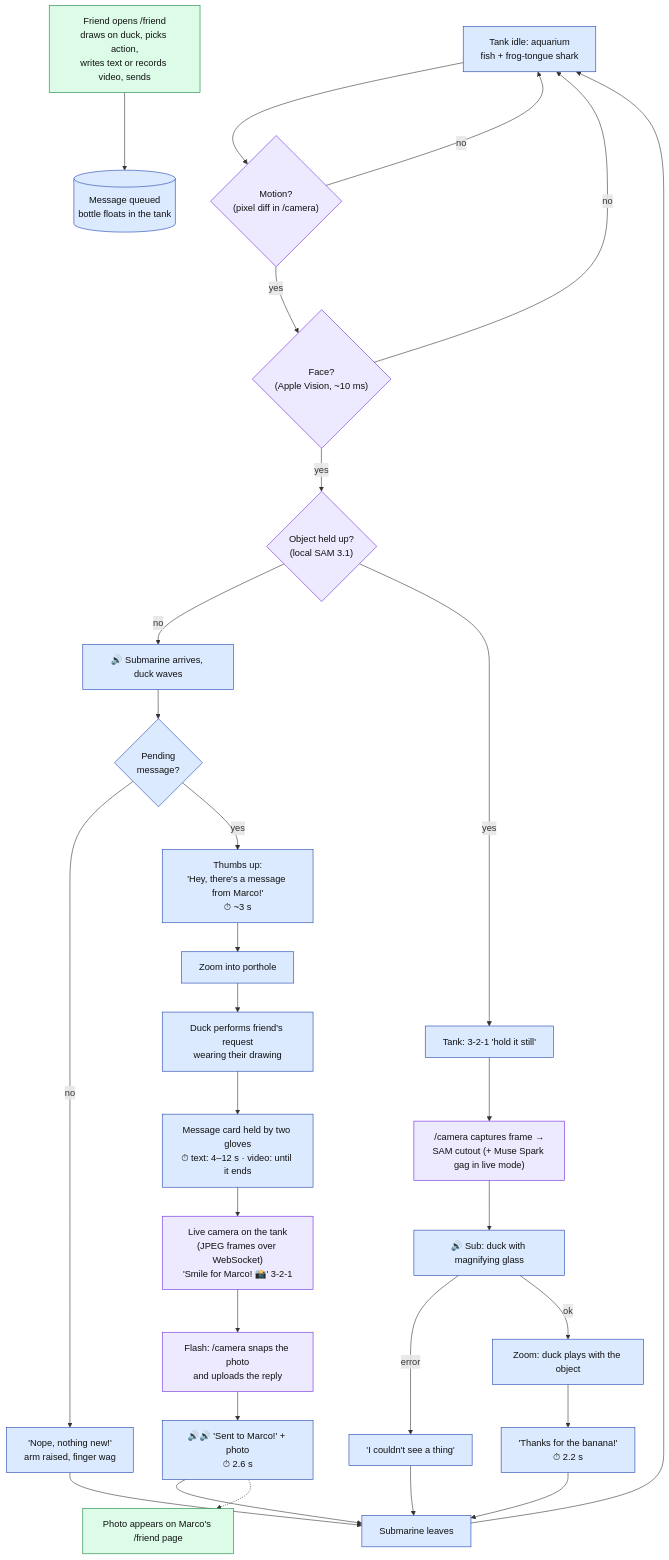
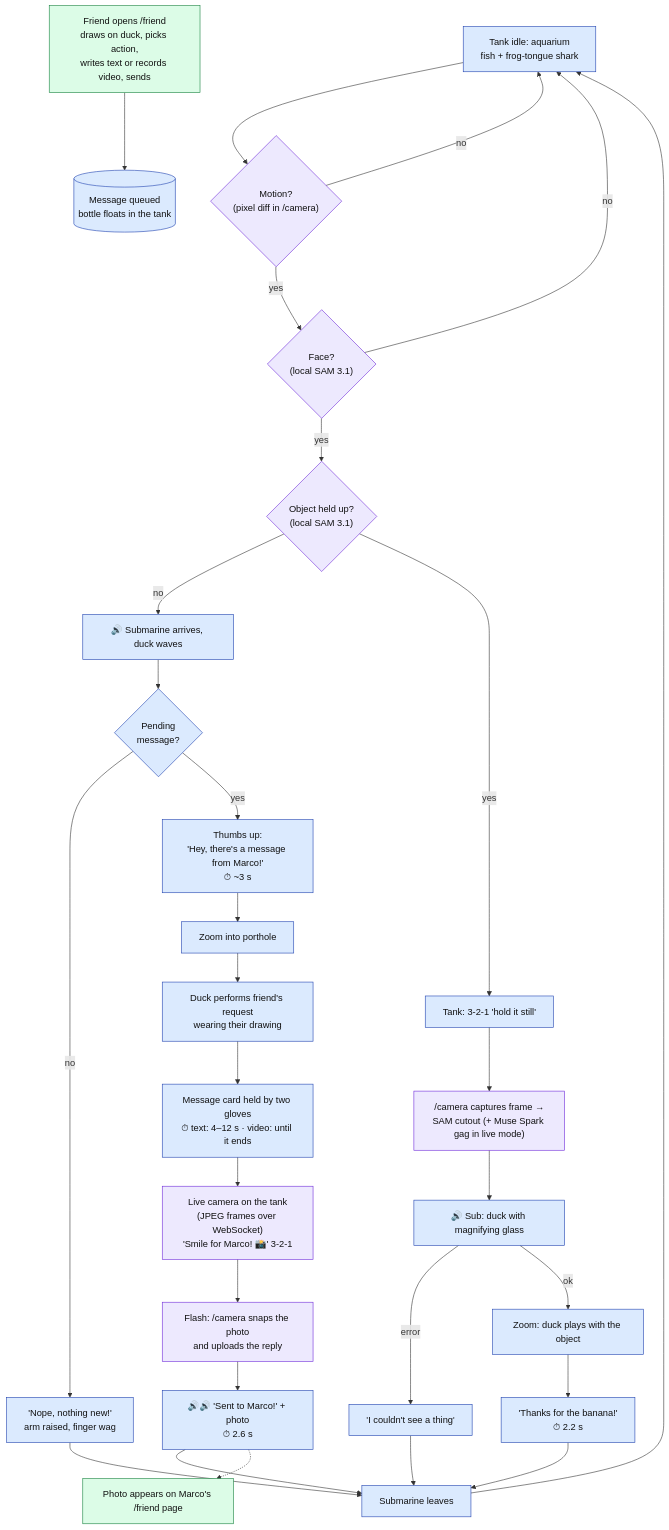
The diagram in docs/FLOW.md (albertoZurini/meta-ai-hackathon-2026), drawn with Mermaid before and after one commit. The commit also changed 9 other files, not shown here.

First line of the commit message:
Replace Apple Vision presence detection with local SAM 3.1

````diff
--- a/docs/FLOW.md
+++ b/docs/FLOW.md
@@ -11,38 +11,38 @@
 ```mermaid
 flowchart TD
     classDef auto fill:#dbeafe,stroke:#1e40af,color:#111
     classDef cam fill:#ede9fe,stroke:#6d28d9,color:#111
     classDef friend fill:#dcfce7,stroke:#15803d,color:#111
 
     F0["Friend opens /friend<br/>draws on duck, picks action,<br/>writes text or records video, sends"]:::friend
     F0 --> Q[(Message queued<br/>bottle floats in the tank)]:::auto
 
     IDLE["Tank idle: aquarium<br/>fish + frog-tongue shark"]:::auto
     IDLE --> M{"Motion?<br/>(pixel diff in /camera)"}:::cam
     M -- no --> IDLE
-    M -- yes --> FACE{"Face?<br/>(Apple Vision, ~10 ms)"}:::cam
+    M -- yes --> FACE{"Face?<br/>(local SAM 3.1)"}:::cam
     FACE -- no --> IDLE
     FACE -- yes --> OBJ{"Object held up?<br/>(local SAM 3.1)"}:::cam
 
     OBJ -- no --> WAKE["🔊 Submarine arrives, duck waves"]:::auto
     WAKE --> PEND{"Pending<br/>message?"}:::auto
     PEND -- no --> NO["'Nope, nothing new!'<br/>arm raised, finger wag"]:::auto --> LEAVE
     PEND -- yes --> HAS["Thumbs up:<br/>'Hey, there's a message from Marco!'<br/>⏱ ~3 s"]:::auto
 
     HAS --> ZOOM["Zoom into porthole"]:::auto
     ZOOM --> PERF["Duck performs friend's request<br/>wearing their drawing"]:::auto
     PERF --> CARD["Message card held by two gloves<br/>⏱ text: 4–12 s · video: until it ends"]:::auto
     CARD --> LIVE["Live camera on the tank<br/>(JPEG frames over WebSocket)<br/>'Smile for Marco! 📸' 3-2-1"]:::cam
     LIVE --> SNAP["Flash: /camera snaps the photo<br/>and uploads the reply"]:::cam
     SNAP --> SENT["🔊🔊 'Sent to Marco!' + photo<br/>⏱ 2.6 s"]:::auto --> LEAVE
     SENT -.-> FR["Photo appears on Marco's /friend page"]:::friend
 
     OBJ -- yes --> CD["Tank: 3-2-1 'hold it still'"]:::auto
     CD --> STSNAP["/camera captures frame →<br/>SAM cutout (+ Muse Spark gag in live mode)"]:::cam
     STSNAP --> THINK["🔊 Sub: duck with magnifying glass"]:::auto
     THINK -- error --> FAIL["'I couldn't see a thing'"]:::auto --> LEAVE
     THINK -- ok --> STP["Zoom: duck plays with the object"]:::auto
     STP --> THX["'Thanks for the banana!'<br/>⏱ 2.2 s"]:::auto --> LEAVE
 
     LEAVE["Submarine leaves"]:::auto --> IDLE
 ```
````
